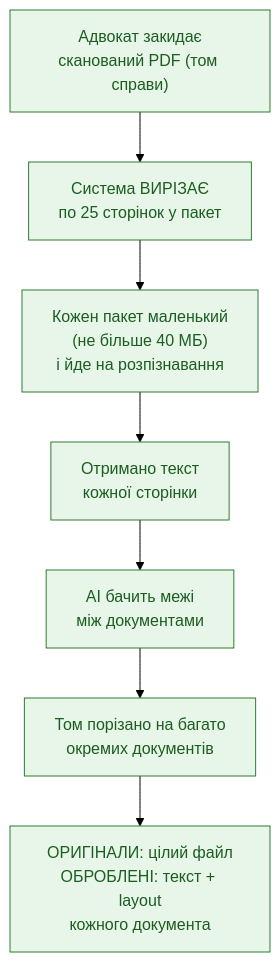
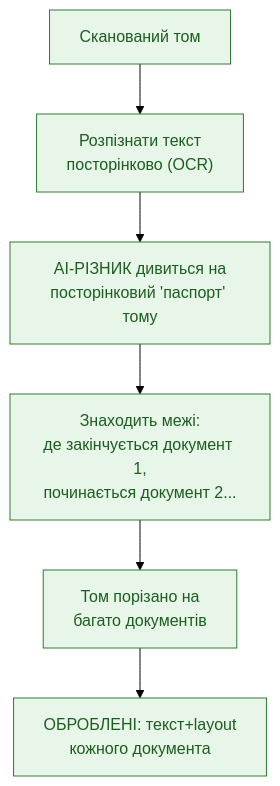
The first of 5 diagrams in docs/mermaid/flow_dp_regression_40mb_diagnosis.md (vadymlevyt/registry), drawn with Mermaid (forest theme) before and after one commit. The commit also changed other lines of this file and 1 other file, not shown here.

````diff
--- a/docs/mermaid/flow_dp_regression_40mb_diagnosis.md
+++ b/docs/mermaid/flow_dp_regression_40mb_diagnosis.md
@@ -22,12 +24,11 @@
 ```mermaid
 flowchart TD
-    A["Адвокат закидає<br/>сканований PDF (том справи)"] --> B["Система ВИРІЗАЄ<br/>по 25 сторінок у пакет"]
-    B --> C["Кожен пакет маленький<br/>(не більше 40 МБ)<br/>і йде на розпізнавання"]
-    C --> D["Отримано текст<br/>кожної сторінки"]
-    D --> E["AI бачить межі<br/>між документами"]
-    E --> F["Том порізано на багато<br/>окремих документів"]
-    F --> G["ОРИГІНАЛИ: цілий файл<br/>ОБРОБЛЕНІ: текст + layout<br/>кожного документа"]
+    A["Сканований том"] --> B["Розпізнати текст<br/>посторінково (OCR)"]
+    B --> C["AI-РІЗНИК дивиться на<br/>посторінковий 'паспорт' тому"]
+    C --> D["Знаходить межі:<br/>де закінчується документ 1,<br/>починається документ 2..."]
+    D --> E["Том порізано на<br/>багато документів"]
+    E --> F["ОБРОБЛЕНІ: текст+layout<br/>кожного документа"]
 
     classDef ok fill:#e8f5e9,stroke:#2e7d32,color:#1b5e20;
-    class A,B,C,D,E,F,G ok;
+    class A,B,C,D,E,F ok;
 ```
````
